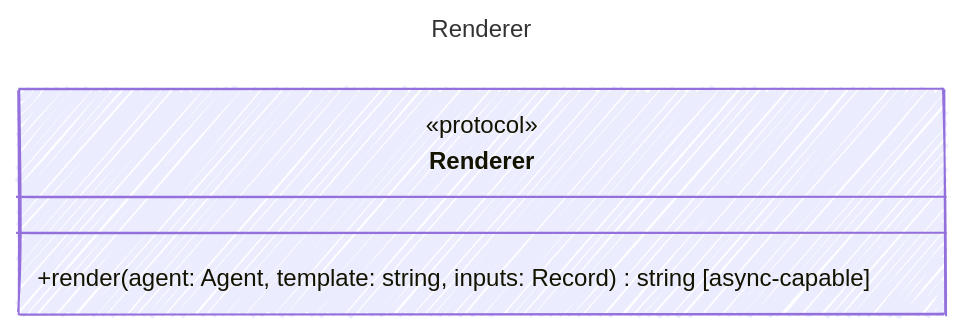
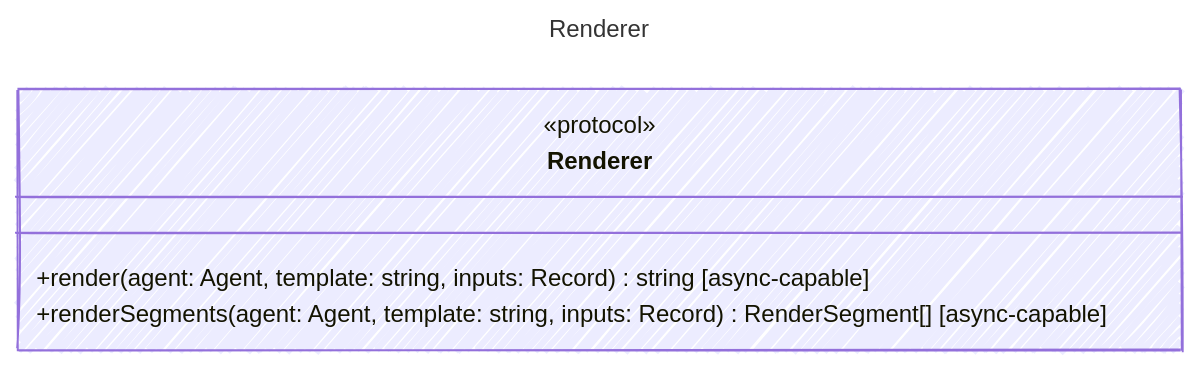
One commit to microsoft/prompty changed the diagram in web/src/content/docs/reference/Renderer.md. Above: the diagram before and after it, drawn with Mermaid. The commit also changed other lines of this file and 454 other files, not shown here.

First line of the commit message:
Prompty v2: Jinja Subset renderSegments conformance across all 7 runtimes + emitter 1.0.1 (#493)

````diff
--- a/web/src/content/docs/reference/Renderer.md
+++ b/web/src/content/docs/reference/Renderer.md
@@ -12,15 +12,16 @@
 ```mermaid
 ---
 title: Renderer
 config:
   look: handDrawn
   theme: colorful
   class:
     hideEmptyMembersBox: true
 ---
 classDiagram
     class Renderer {
       <<protocol>>
         +render(agent: Agent, template: string, inputs: Record<unknown>) string [async-capable]
+        +renderSegments(agent: Agent, template: string, inputs: Record<unknown>) RenderSegment[] [async-capable]
     }
 ```
````
